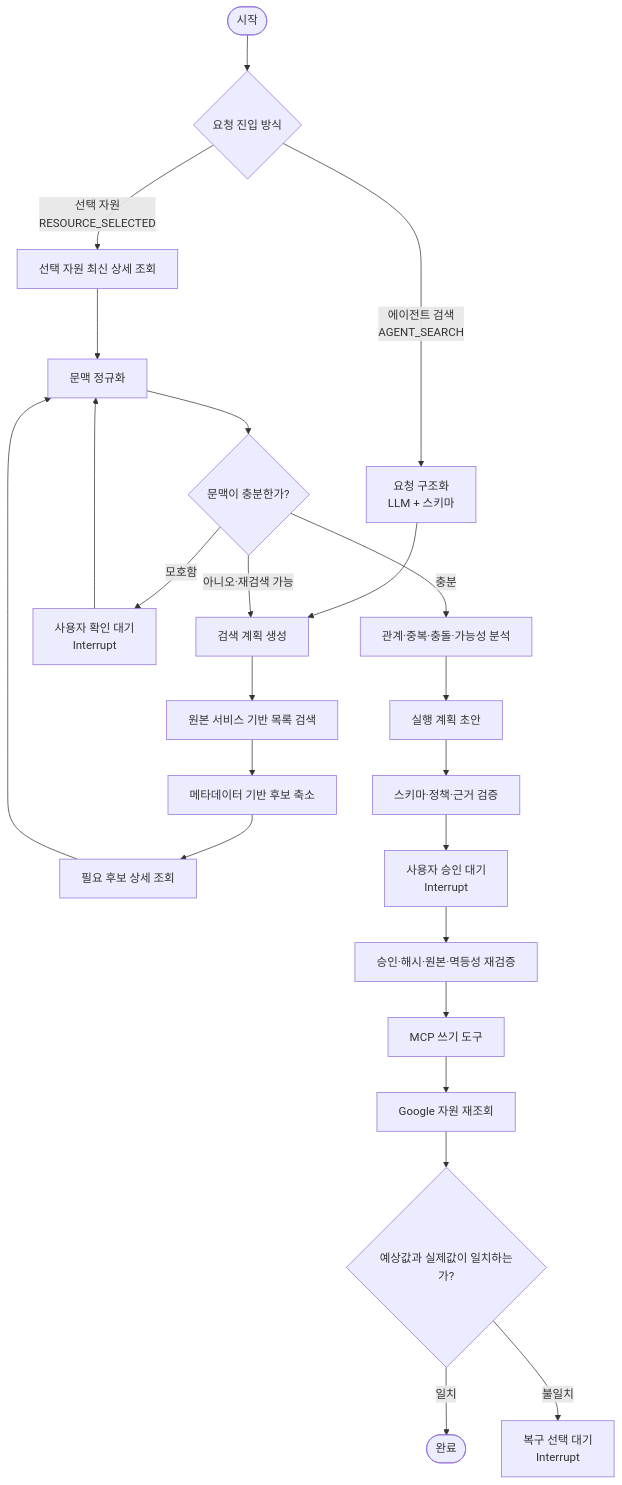
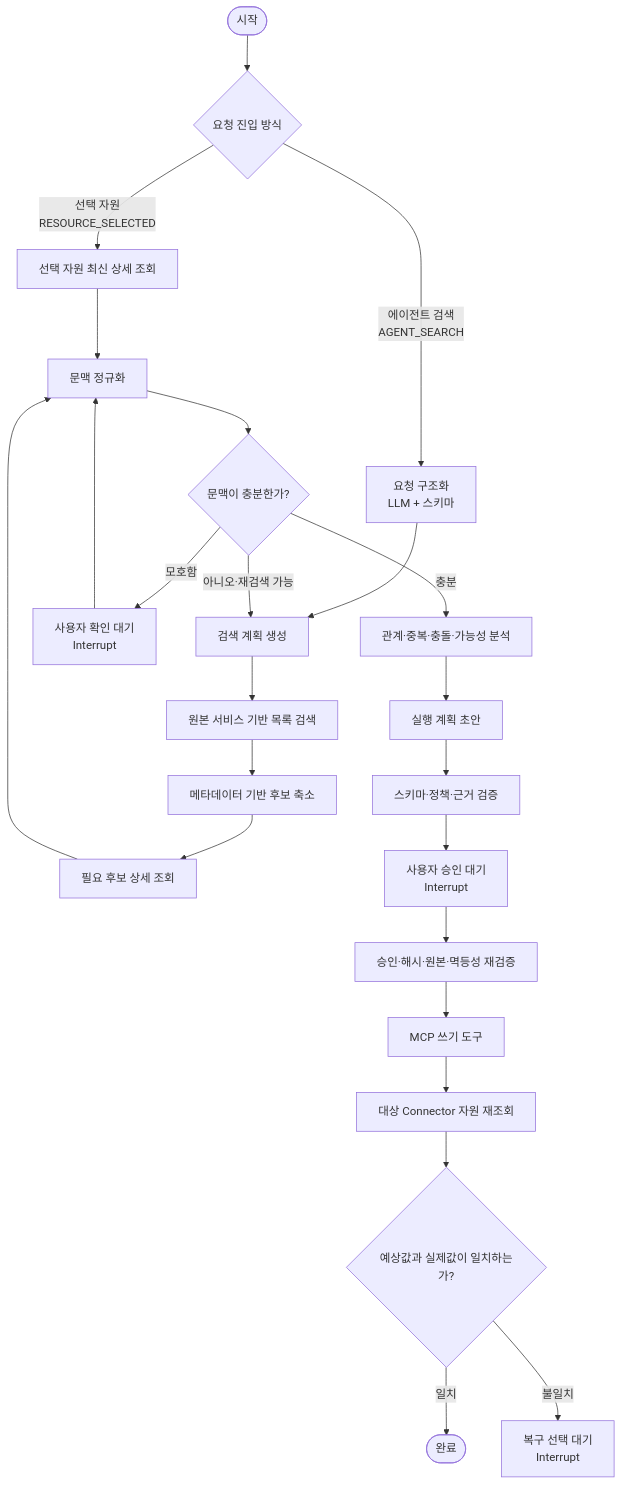
One commit to solar-ai-dev/mcp-work-agent changed the fourth of 8 diagrams in docs/canonical/03-system-architecture.md. Above: the diagram before and after it, drawn with Mermaid. The commit also changed other lines of this file and 11 other files, not shown here.

````diff
--- a/docs/canonical/03-system-architecture.md
+++ b/docs/canonical/03-system-architecture.md
@@ -408,26 +417,26 @@
 ```mermaid
 flowchart TB
     S(["시작"]) --> ENTRY{"요청 진입 방식"}
     ENTRY -->|"선택 자원<br>RESOURCE_SELECTED"| SD["선택 자원 최신 상세 조회"]
     ENTRY -->|"에이전트 검색<br>AGENT_SEARCH"| INT["요청 구조화<br>LLM + 스키마"]
     INT --> RP["검색 계획 생성"]
     RP --> RET["원본 서비스 기반 목록 검색"]
     SD --> CTX["문맥 정규화"]
     RET --> REDUCE["메타데이터 기반 후보 축소"]
     REDUCE --> DETAIL["필요 후보 상세 조회"]
     DETAIL --> CTX
     CTX --> ENOUGH{"문맥이 충분한가?"}
     ENOUGH -->|"아니오·재검색 가능"| RP
     ENOUGH -->|"모호함"| Q["사용자 확인 대기<br>Interrupt"]
     Q --> CTX
     ENOUGH -->|"충분"| ANALYZE["관계·중복·충돌·가능성 분석"]
     ANALYZE --> PLAN["실행 계획 초안"]
     PLAN --> POLICY["스키마·정책·근거 검증"]
     POLICY --> APPROVAL["사용자 승인 대기<br>Interrupt"]
     APPROVAL --> PRE["승인·해시·원본·멱등성 재검증"]
     PRE --> TOOL["MCP 쓰기 도구"]
-    TOOL --> GET["Google 자원 재조회"]
+    TOOL --> GET["대상 Connector 자원 재조회"]
     GET --> VER{"예상값과 실제값이 일치하는가?"}
     VER -->|"일치"| DONE(["완료"])
     VER -->|"불일치"| REC["복구 선택 대기<br>Interrupt"]
 ```
````
